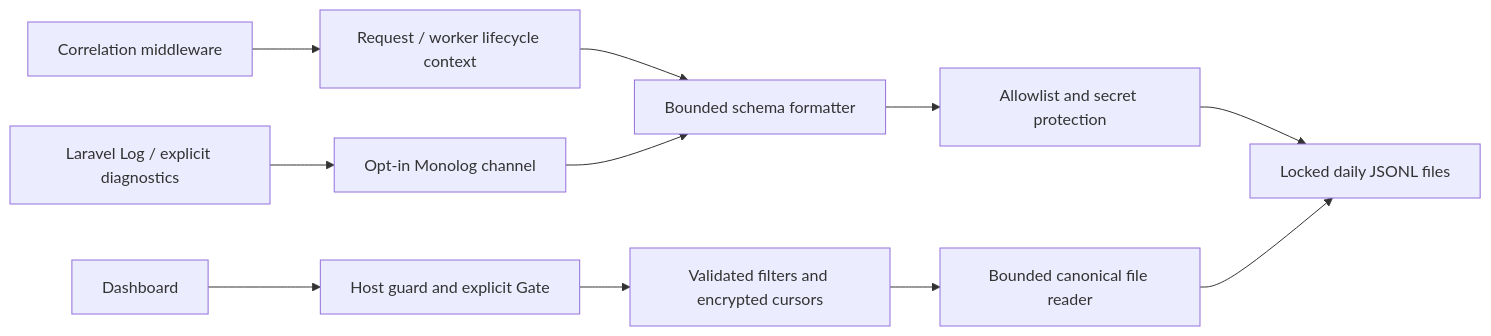
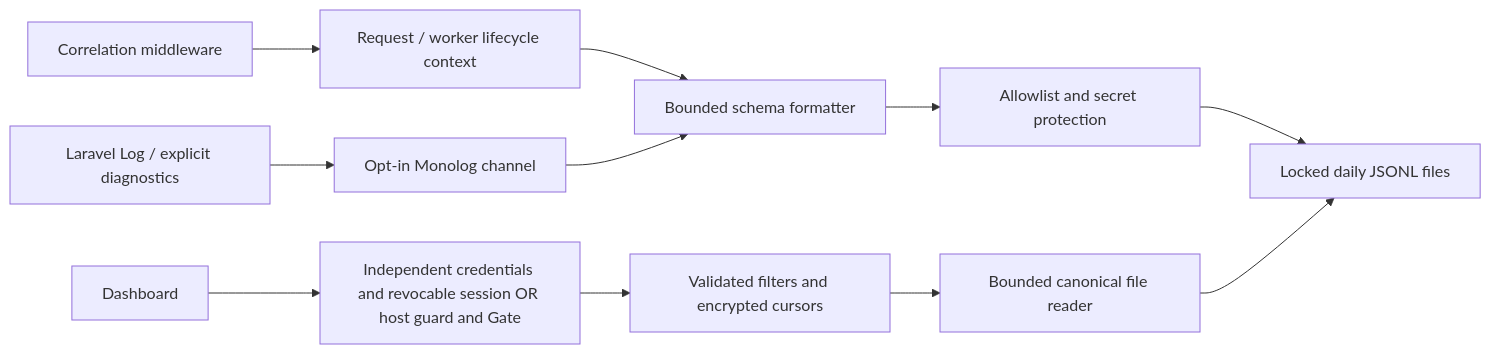
One commit to fiachehr/laravel-logger changed the diagram in docs/architecture.md. Above: the diagram before and after it, drawn with Mermaid. The commit also changed other lines of this file and 41 other files, not shown here.

Commit message:
feat: add built-in Blade dashboard login with independent credentials

````diff
--- a/docs/architecture.md
+++ b/docs/architecture.md
@@ -15,13 +15,13 @@
 ```mermaid
 flowchart LR
     App[Laravel Log / explicit diagnostics] --> Channel[Opt-in Monolog channel]
     HTTP[Correlation middleware] --> Context[Request / worker lifecycle context]
     Context --> Formatter[Bounded schema formatter]
     Channel --> Formatter
     Formatter --> Policy[Allowlist and secret protection]
     Policy --> Files[Locked daily JSONL files]
-    Browser[Dashboard] --> Auth[Host guard and explicit Gate]
+    Browser[Dashboard] --> Auth[Independent credentials and revocable session OR host guard and Gate]
     Auth --> Query[Validated filters and encrypted cursors]
     Query --> Reader[Bounded canonical file reader]
     Reader --> Files
 ```
````
